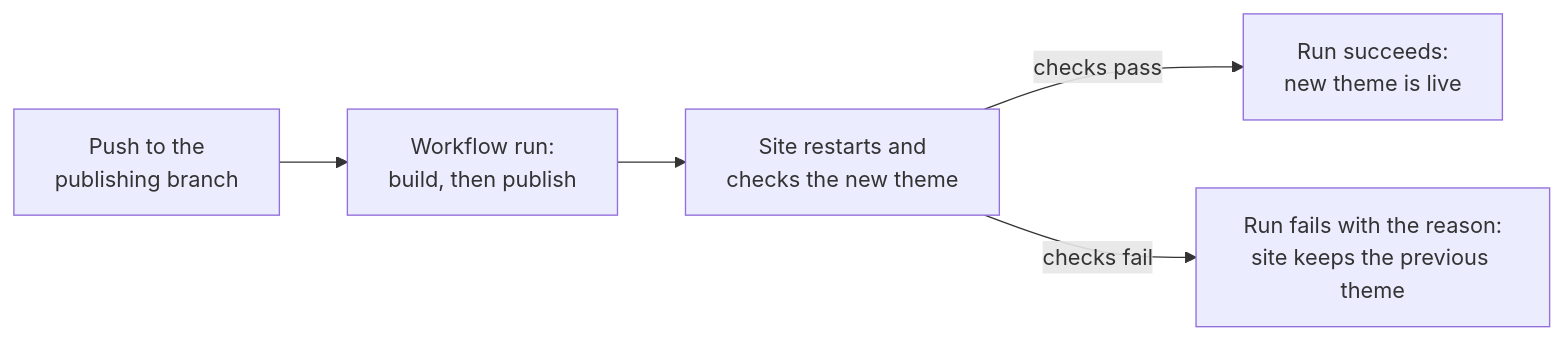
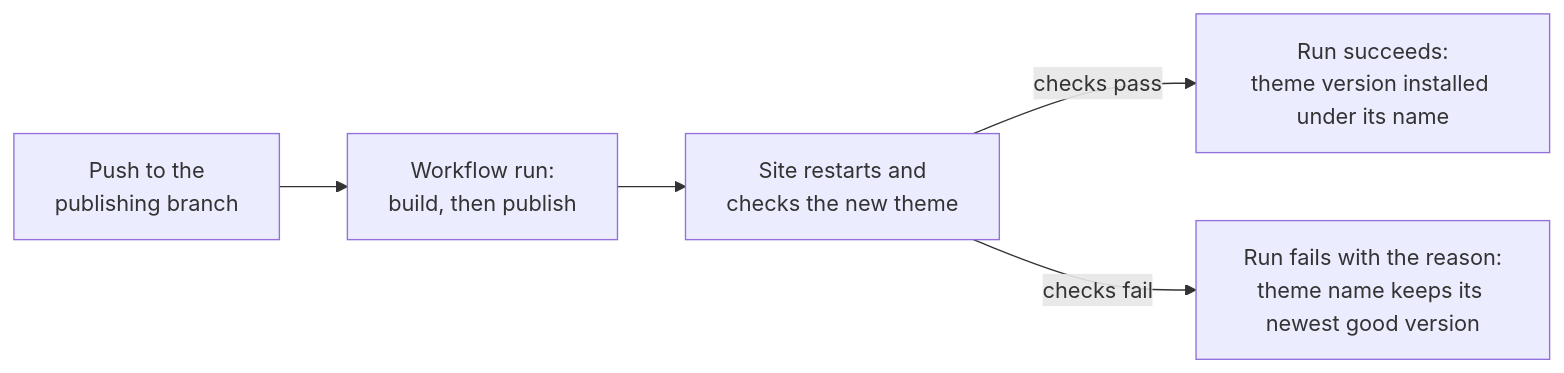
The second of 2 diagrams in docs/customer-theme-guide.md (4impact/dataside-theme-action), drawn with Mermaid before and after one commit. The commit also changed other lines of this file and 5 other files, not shown here.

````diff
--- a/docs/customer-theme-guide.md
+++ b/docs/customer-theme-guide.md
@@ -87,7 +88,7 @@
 ```mermaid
 flowchart LR
     P[Push to the<br/>publishing branch] --> R[Workflow run:<br/>build, then publish]
     R --> S[Site restarts and<br/>checks the new theme]
-    S -->|checks pass| G[Run succeeds:<br/>new theme is live]
-    S -->|checks fail| F[Run fails with the reason:<br/>site keeps the previous theme]
+    S -->|checks pass| G[Run succeeds:<br/>theme version installed under its name]
+    S -->|checks fail| F[Run fails with the reason:<br/>theme name keeps its newest good version]
 ```
````
